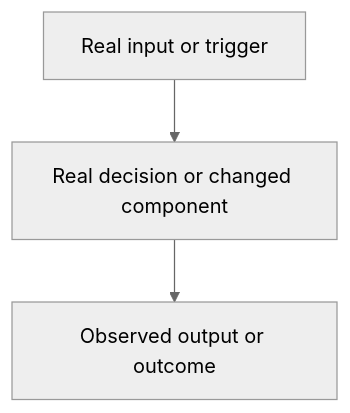
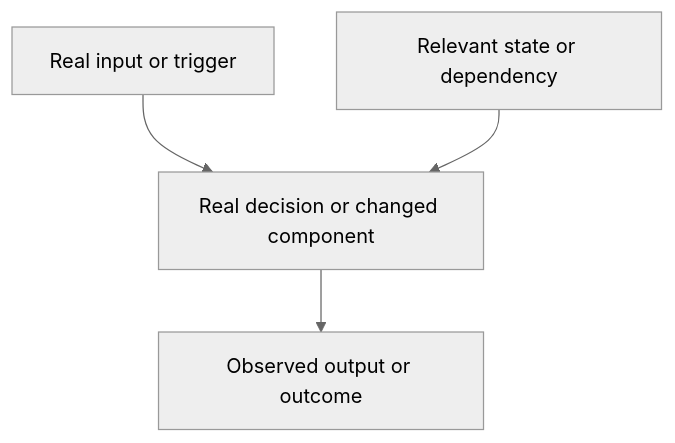
One commit to WD-Mitchell/which-model changed the diagram in .github/PULL_REQUEST_TEMPLATE/code.md. Above: the diagram before and after it, drawn with Mermaid (neutral theme). The commit also changed other lines of this file and 4 other files, not shown here.

Commit message:
docs(templates): use both dimensions in Mermaid layouts

````diff
--- a/.github/PULL_REQUEST_TEMPLATE/code.md
+++ b/.github/PULL_REQUEST_TEMPLATE/code.md
@@ -10,8 +10,10 @@
 ```mermaid
 flowchart TD
-  source[Real input or trigger]
-  change[Real decision or changed component]
+  input[Real input or trigger]
+  state[Relevant state or dependency]
+  decision[Real decision or changed component]
   outcome[Observed output or outcome]
-  source --> change
-  change --> outcome
+  input --> decision
+  state --> decision
+  decision --> outcome
 ```
````
